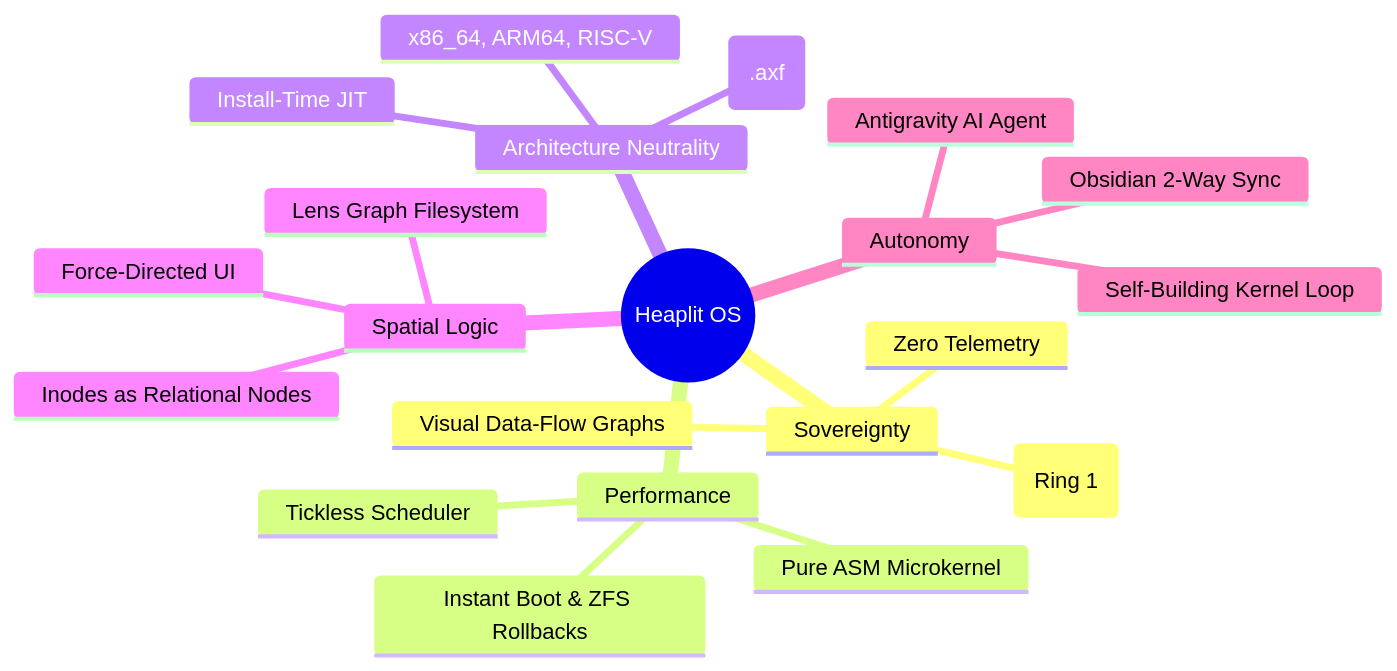
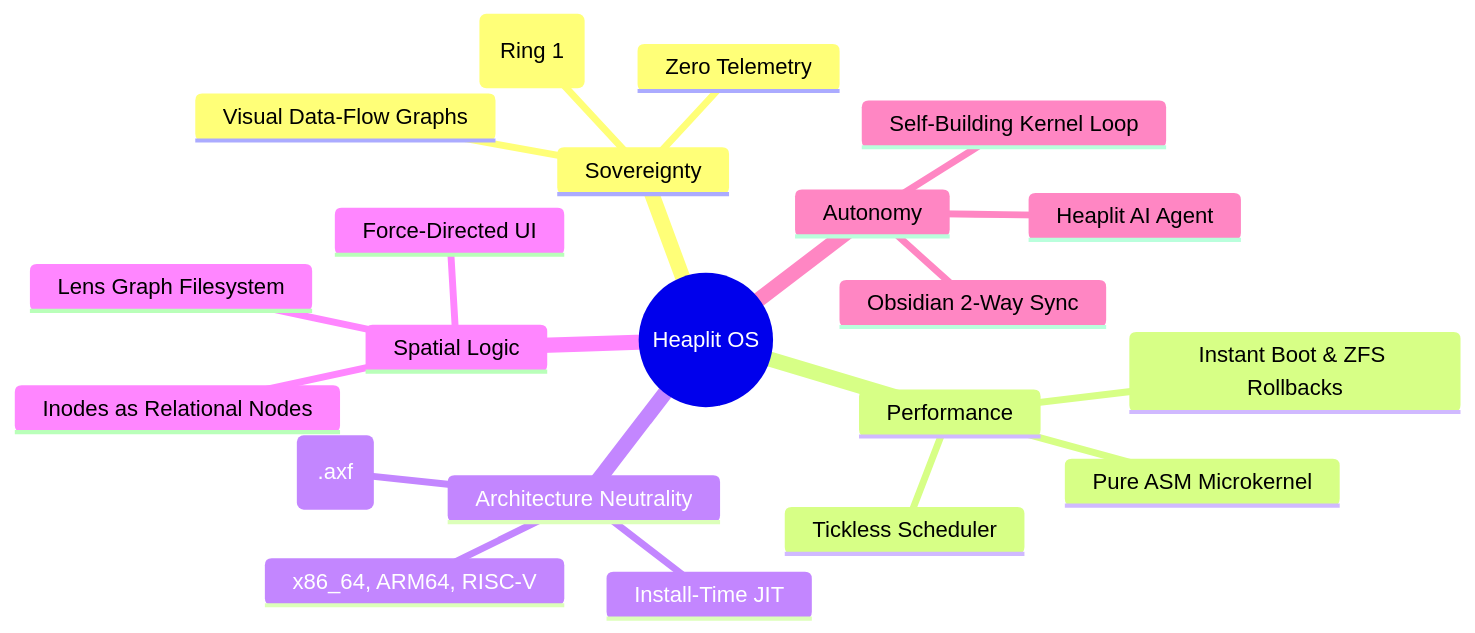
The diagram in obsidian_vault/00 - Foundations & Vision/The Vision & Manifest.md (Heaplyn/Heaplit-OS), drawn with Mermaid before and after one commit. The commit also changed other lines of this file and 34 other files, not shown here.

Commit message:
refactor: rename Antigravity agent and daemon references to Heaplit agent across codebase and vault

````diff
--- a/obsidian_vault/00 - Foundations & Vision/The Vision & Manifest.md
+++ b/obsidian_vault/00 - Foundations & Vision/The Vision & Manifest.md
@@ -19,24 +19,24 @@
 ```mermaid
 mindmap
   root((Heaplit OS))
     Sovereignty
       100% Local AI (Ring 1)
       Zero Telemetry
       Visual Data-Flow Graphs
     Performance
       Pure ASM Microkernel
       Tickless Scheduler
       Instant Boot & ZFS Rollbacks
     Architecture Neutrality
       LLVM Bitcode (.axf)
       Install-Time JIT
       x86_64, ARM64, RISC-V
     Spatial Logic
       Lens Graph Filesystem
       Force-Directed UI
       Inodes as Relational Nodes
     Autonomy
-      Antigravity AI Agent
+      Heaplit AI Agent
       Obsidian 2-Way Sync
       Self-Building Kernel Loop
 ```
````
